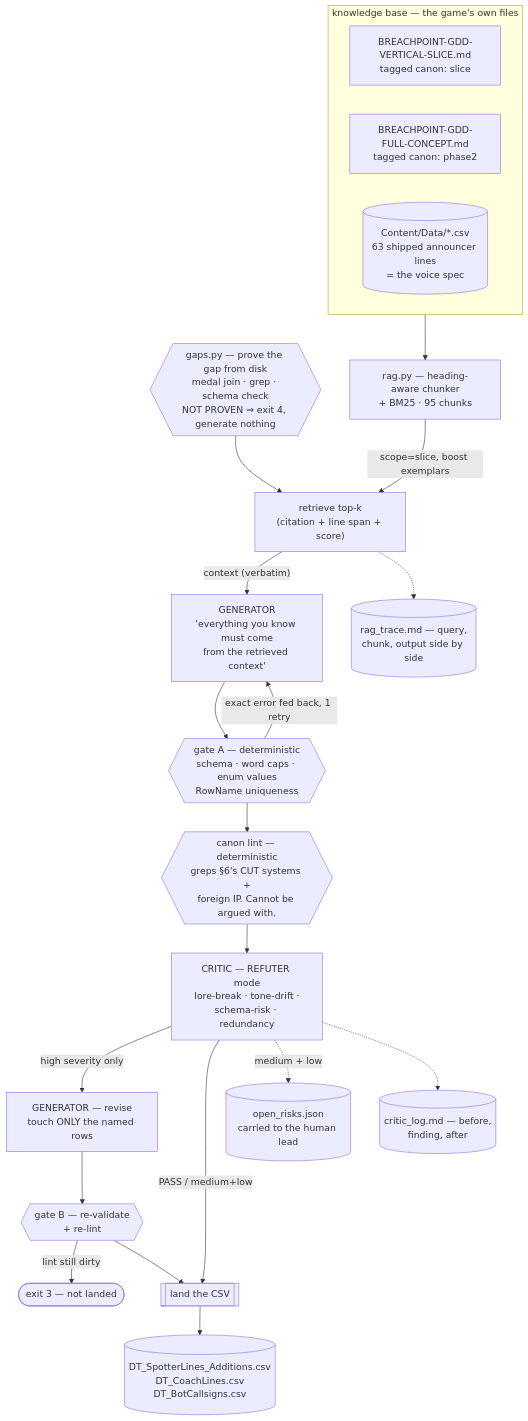
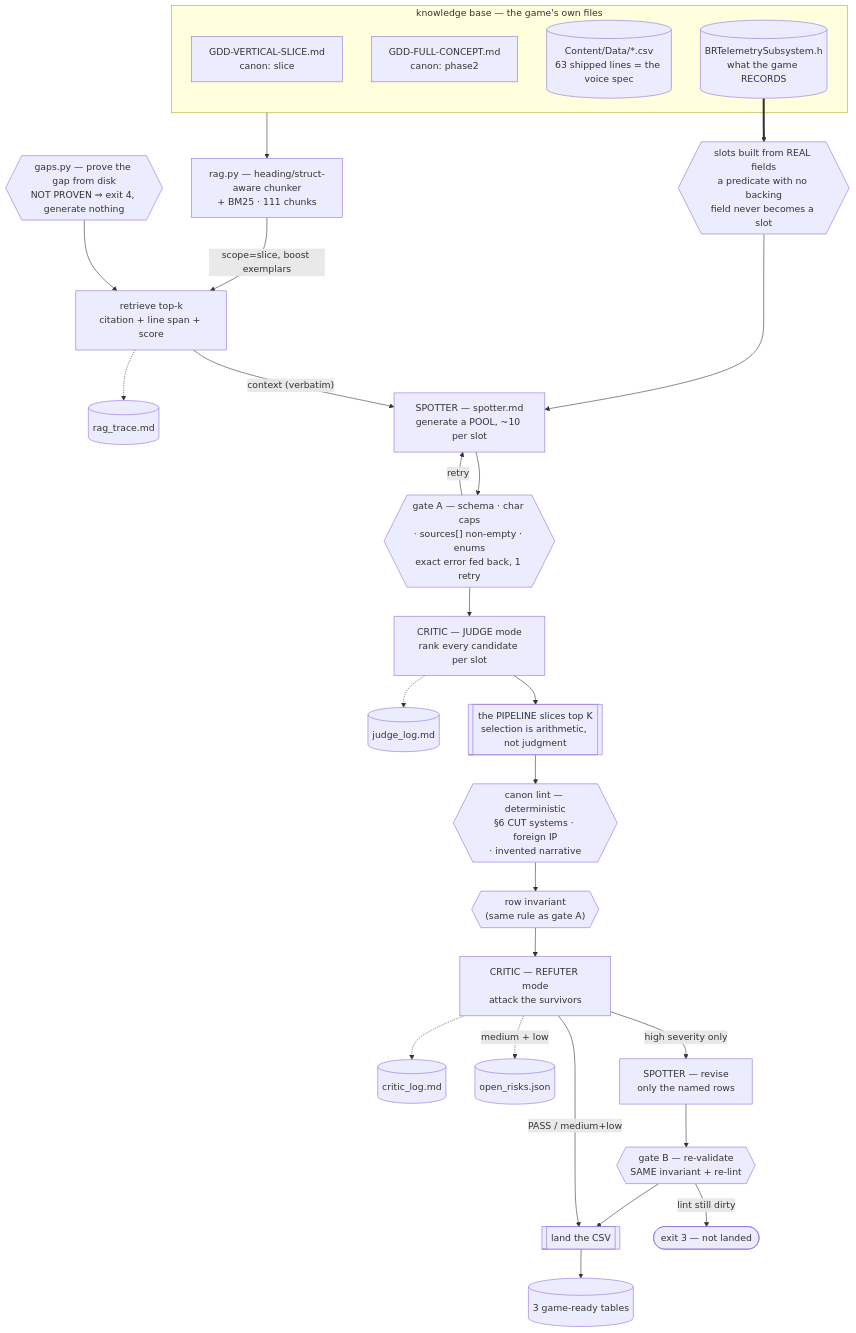
The diagram in assignments/04-content-pipeline/README.md (JDMAXilius/Multi-agents-class), drawn with Mermaid before and after one commit. The commit also changed other lines of this file and 11 other files, not shown here.

````diff
--- a/assignments/04-content-pipeline/README.md
+++ b/assignments/04-content-pipeline/README.md
@@ -99,30 +131,37 @@
 ```mermaid
 flowchart TD
     subgraph KB["knowledge base — the game's own files"]
-        GDD["BREACHPOINT-GDD-VERTICAL-SLICE.md<br/>tagged canon: slice"]
-        FULL["BREACHPOINT-GDD-FULL-CONCEPT.md<br/>tagged canon: phase2"]
-        TABLES[("Content/Data/*.csv<br/>63 shipped announcer lines<br/>= the voice spec")]
+        GDD["GDD-VERTICAL-SLICE.md<br/>canon: slice"]
+        FULL["GDD-FULL-CONCEPT.md<br/>canon: phase2"]
+        TABLES[("Content/Data/*.csv<br/>63 shipped lines = the voice spec")]
+        HDR[("BRTelemetrySubsystem.h<br/>what the game RECORDS")]
     end
 
-    GAPS{{"gaps.py — prove the gap from disk<br/>medal join · grep · schema check<br/>NOT PROVEN ⇒ exit 4, generate nothing"}}
-    KB --> IDX["rag.py — heading-aware chunker<br/>+ BM25 · 95 chunks"]
-    IDX -- "scope=slice, boost exemplars" --> RET["retrieve top-k<br/>(citation + line span + score)"]
+    GAPS{{"gaps.py — prove the gap from disk<br/>NOT PROVEN ⇒ exit 4, generate nothing"}}
+    KB --> IDX["rag.py — heading/struct-aware chunker<br/>+ BM25 · 111 chunks"]
+    IDX -- "scope=slice, boost exemplars" --> RET["retrieve top-k<br/>citation + line span + score"]
     GAPS --> RET
+    HDR ==> SLOTS{{"slots built from REAL fields<br/>a predicate with no backing<br/>field never becomes a slot"}}
+    SLOTS --> GEN
 
-    RET -- "context (verbatim)" --> GEN["GENERATOR<br/>'everything you know must come<br/>from the retrieved context'"]
-    GEN --> GA{{"gate A — deterministic<br/>schema · word caps · enum values<br/>RowName uniqueness"}}
-    GA -- "exact error fed back, 1 retry" --> GEN
-    GA --> LINT{{"canon lint — deterministic<br/>greps §6's CUT systems +<br/>foreign IP. Cannot be argued with."}}
+    RET -- "context (verbatim)" --> GEN["SPOTTER — spotter.md<br/>generate a POOL, ~10 per slot"]
+    GEN --> GA{{"gate A — schema · char caps<br/>· sources[] non-empty · enums<br/>exact error fed back, 1 retry"}}
+    GA -- retry --> GEN
+    GA --> JUDGE["CRITIC — JUDGE mode<br/>rank every candidate per slot"]
+    JUDGE --> SEL[["the PIPELINE slices top K<br/>selection is arithmetic, not judgment"]]
 
-    LINT --> CRIT["CRITIC — REFUTER mode<br/>lore-break · tone-drift ·<br/>schema-risk · redundancy"]
-    CRIT -- "high severity only" --> REV["GENERATOR — revise<br/>touch ONLY the named rows"]
-    REV --> GB{{"gate B — re-validate<br/>+ re-lint"}}
+    SEL --> LINT{{"canon lint — deterministic<br/>§6 CUT systems · foreign IP<br/>· invented narrative"}}
+    LINT --> ROWCHK{{"row invariant<br/>(same rule as gate A)"}}
+    ROWCHK --> REF["CRITIC — REFUTER mode<br/>attack the survivors"]
+    REF -- "high severity only" --> REV["SPOTTER — revise<br/>only the named rows"]
+    REV --> GB{{"gate B — re-validate<br/>SAME invariant + re-lint"}}
     GB -- "lint still dirty" --> STOP(["exit 3 — not landed"])
-    CRIT -- "PASS / medium+low" --> LAND
+    REF -- "PASS / medium+low" --> LAND
     GB --> LAND[["land the CSV"]]
 
-    CRIT -. "medium + low" .-> RISK[("open_risks.json<br/>carried to the human lead")]
-    LAND --> CSV[("DT_SpotterLines_Additions.csv<br/>DT_CoachLines.csv<br/>DT_BotCallsigns.csv")]
-    RET -.-> TRACE[("rag_trace.md — query,<br/>chunk, output side by side")]
-    CRIT -.-> CLOG[("critic_log.md — before,<br/>finding, after")]
+    REF -. "medium + low" .-> RISK[("open_risks.json")]
+    LAND --> CSV[("3 game-ready tables")]
+    RET -.-> TRACE[("rag_trace.md")]
+    JUDGE -.-> JLOG[("judge_log.md")]
+    REF -.-> CLOG[("critic_log.md")]
 ```
````
